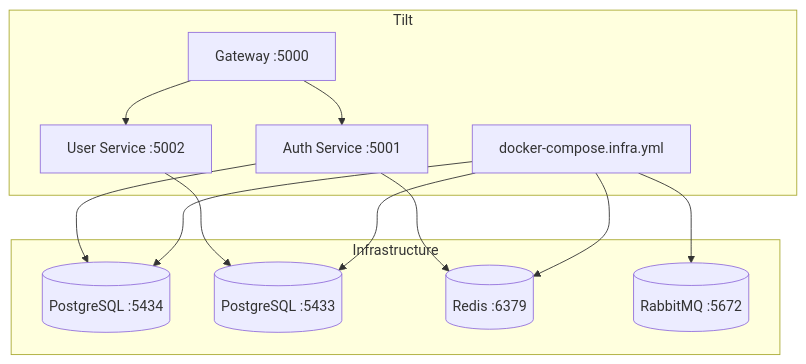
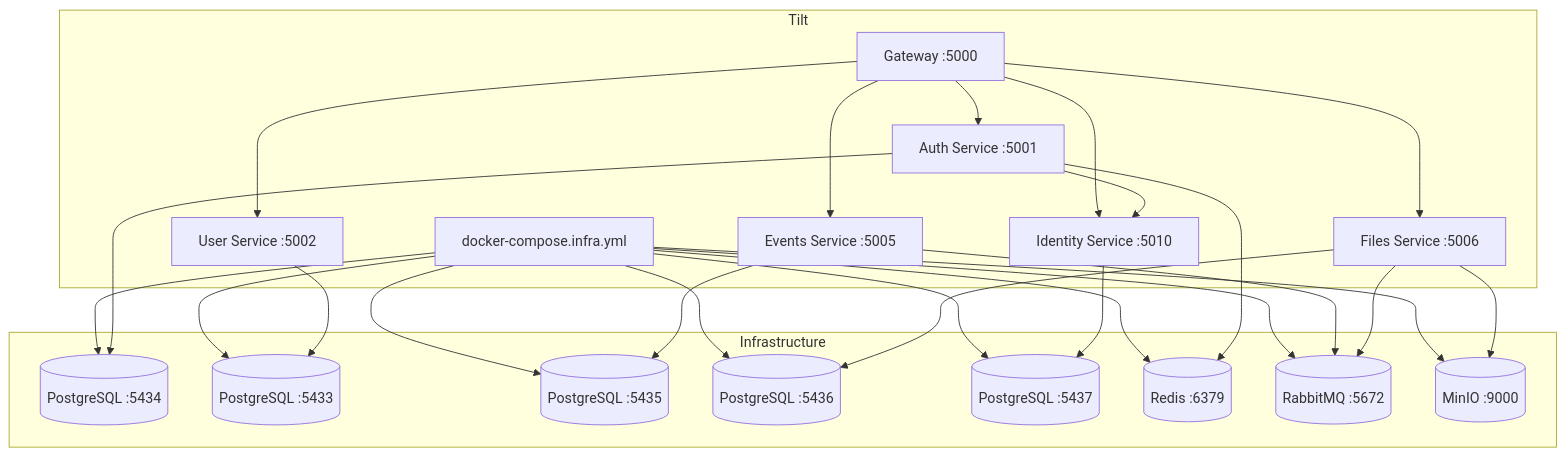
One commit to Nechja/hellArch changed the third of 4 diagrams in docs/guide/development.md. Above: the diagram before and after it, drawn with Mermaid. The commit also changed other lines of this file and 34 other files, not shown here.

````diff
--- a/docs/guide/development.md
+++ b/docs/guide/development.md
@@ -107,27 +110,48 @@
 ```mermaid
 graph TB
     subgraph Tilt
         INFRA[docker-compose.infra.yml]
         GATEWAY[Gateway :5000]
         AUTH[Auth Service :5001]
         USER[User Service :5002]
+        EVENTS[Events Service :5005]
+        FILES[Files Service :5006]
+        IDENTITY[Identity Service :5010]
     end
 
     subgraph Infrastructure
         PG_AUTH[(PostgreSQL :5434)]
         PG_USER[(PostgreSQL :5433)]
+        PG_EVENTS[(PostgreSQL :5435)]
+        PG_FILES[(PostgreSQL :5436)]
+        PG_IDENTITY[(PostgreSQL :5437)]
         REDIS[(Redis :6379)]
         RABBIT[(RabbitMQ :5672)]
+        MINIO[(MinIO :9000)]
     end
 
     INFRA --> PG_AUTH
     INFRA --> PG_USER
+    INFRA --> PG_EVENTS
+    INFRA --> PG_FILES
+    INFRA --> PG_IDENTITY
     INFRA --> REDIS
     INFRA --> RABBIT
+    INFRA --> MINIO
 
     GATEWAY --> AUTH
     GATEWAY --> USER
+    GATEWAY --> EVENTS
+    GATEWAY --> FILES
+    GATEWAY --> IDENTITY
     AUTH --> PG_AUTH
     AUTH --> REDIS
+    AUTH --> IDENTITY
     USER --> PG_USER
+    EVENTS --> PG_EVENTS
+    EVENTS --> RABBIT
+    FILES --> PG_FILES
+    FILES --> MINIO
+    FILES --> RABBIT
+    IDENTITY --> PG_IDENTITY
 ```
````
